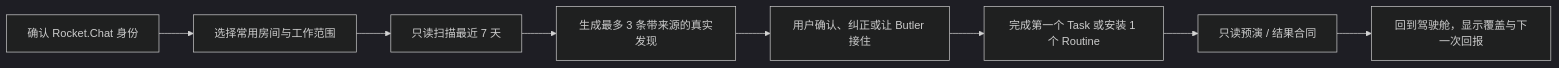
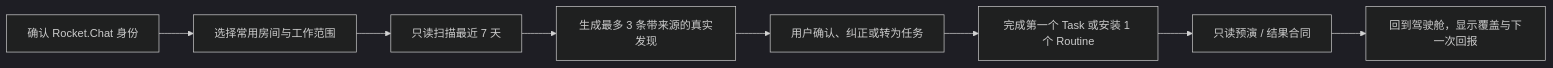
The ninth of 12 diagrams in docs/butler-continuous-work-system-design.md (lusipad/RocketX), drawn with Mermaid (dark theme) before and after one commit. The commit also changed other lines of this file and 42 other files, not shown here.

````diff
--- a/docs/butler-continuous-work-system-design.md
+++ b/docs/butler-continuous-work-system-design.md
@@ -1348,10 +1348,10 @@
 ```mermaid
 flowchart LR
     A["确认 Rocket.Chat 身份"] --> B["选择常用房间与工作范围"]
     B --> C["只读扫描最近 7 天"]
     C --> D["生成最多 3 条带来源的真实发现"]
-    D --> E["用户确认、纠正或让 Butler 接住"]
+    D --> E["用户确认、纠正或转为任务"]
     E --> F["完成第一个 Task 或安装 1 个 Routine"]
     F --> G["只读预演 / 结果合同"]
     G --> H["回到驾驶舱，显示覆盖与下一次回报"]
 ```
````
